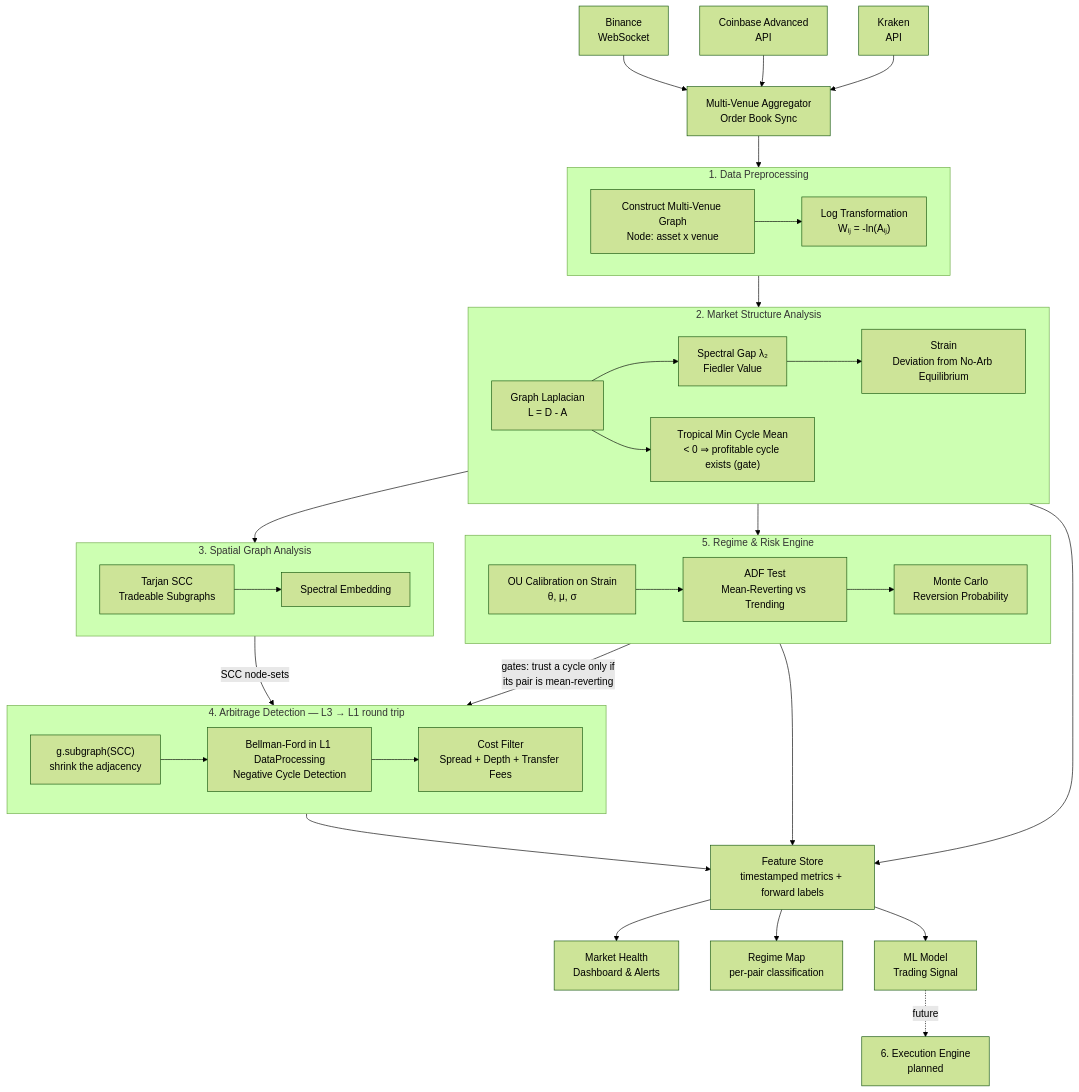
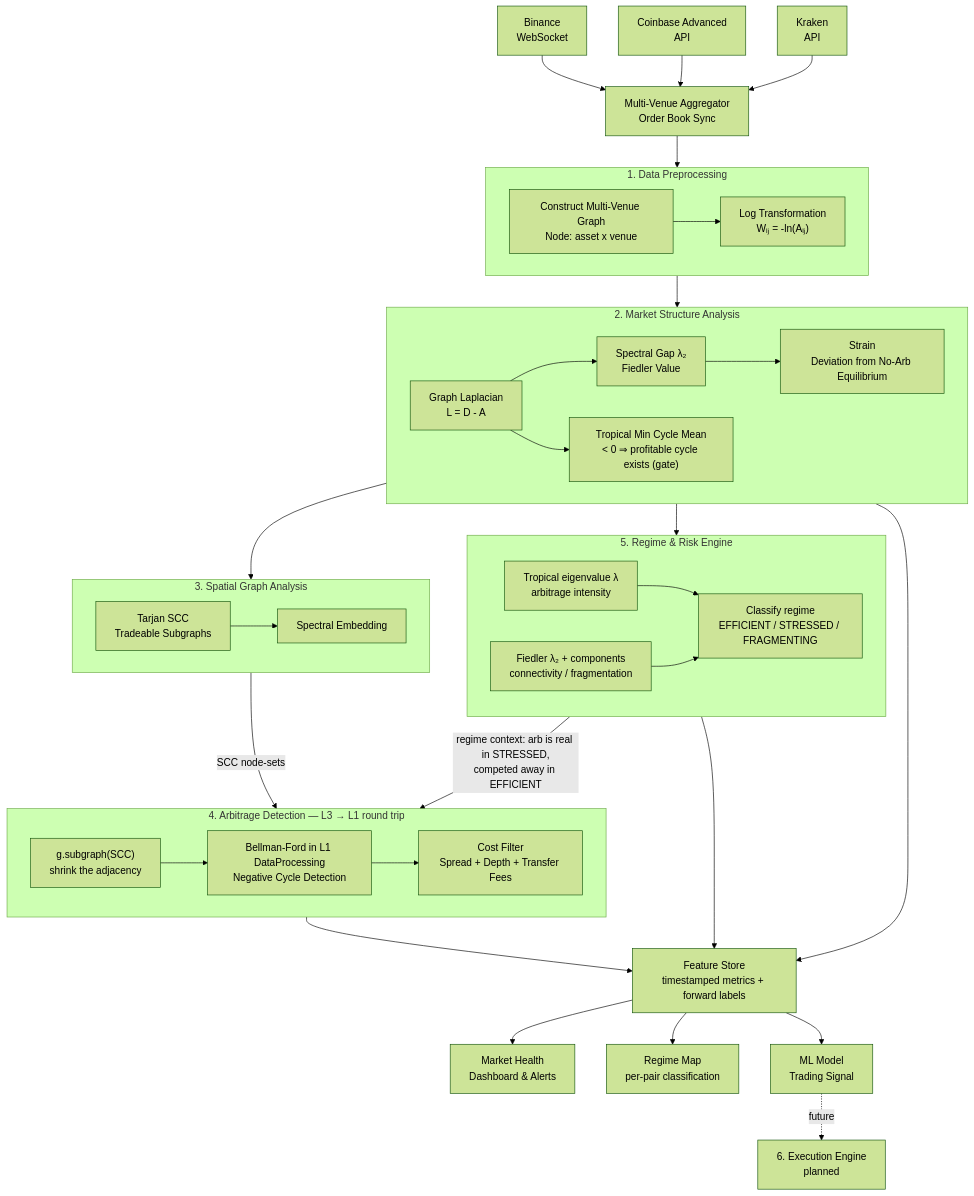
One commit to ducanh19082007/laplacian-market-signals changed the diagram in README.md. Above: the diagram before and after it, drawn with Mermaid (forest theme). The commit also changed other lines of this file, not shown here.

First line of the commit message:
README: reflect the L4 regime-engine pivot

````diff
--- a/README.md
+++ b/README.md
@@ -17,67 +17,67 @@
 ```mermaid
 flowchart TD
 
     A1["Binance<br/>WebSocket"]
     A2["Coinbase Advanced<br/>API"]
     A3["Kraken<br/>API"]
     A1 & A2 & A3 --> M
 
     M["Multi-Venue Aggregator<br/>Order Book Sync"]
     M --> B
 
     subgraph B["1. Data Preprocessing"]
         B1["Construct Multi-Venue Graph<br/>Node: asset x venue"]
         B2["Log Transformation<br/>Wᵢⱼ = -ln(Aᵢⱼ)"]
         B1 --> B2
     end
 
     B --> C
     C --> D
     C --> F
 
     subgraph C["2. Market Structure Analysis"]
         C1["Graph Laplacian<br/>L = D - A"]
         C2["Spectral Gap λ₂<br/>Fiedler Value"]
         C3["Tropical Min Cycle Mean<br/>< 0 ⇒ profitable cycle exists (gate)"]
         C4["Strain<br/>Deviation from No-Arb Equilibrium"]
         C1 --> C2
         C1 --> C3
         C2 --> C4
     end
 
     subgraph D["3. Spatial Graph Analysis"]
         D1["Tarjan SCC<br/>Tradeable Subgraphs"]
         D2["Spectral Embedding"]
         D1 --> D2
     end
 
     subgraph F["5. Regime & Risk Engine"]
-        F1["OU Calibration on Strain<br/>θ, μ, σ"]
-        F2["ADF Test<br/>Mean-Reverting vs Trending"]
-        F3["Monte Carlo<br/>Reversion Probability"]
-        F1 --> F2
+        F1["Tropical eigenvalue λ<br/>arbitrage intensity"]
+        F2["Fiedler λ₂ + components<br/>connectivity / fragmentation"]
+        F3["Classify regime<br/>EFFICIENT / STRESSED / FRAGMENTING"]
+        F1 --> F3
         F2 --> F3
     end
 
     D -->|SCC node-sets| E
-    F -->|gates: trust a cycle only if<br/>its pair is mean-reverting| E
+    F -->|regime context: arb is real in STRESSED,<br/>competed away in EFFICIENT| E
 
     subgraph E["4. Arbitrage Detection — L3 → L1 round trip"]
         E0["g.subgraph(SCC)<br/>shrink the adjacency"]
         E1["Bellman-Ford in L1 DataProcessing<br/>Negative Cycle Detection"]
         E2["Cost Filter<br/>Spread + Depth + Transfer Fees"]
         E0 --> E1 --> E2
     end
 
     E --> G
     F --> G
     C --> G
 
     G["Feature Store<br/>timestamped metrics + forward labels"]
 
     G --> H1["Market Health<br/>Dashboard & Alerts"]
     G --> H2["Regime Map<br/>per-pair classification"]
     G --> H3["ML Model<br/>Trading Signal"]
 
     H3 -.->|future| I["6. Execution Engine<br/>planned"]
 ```
````
